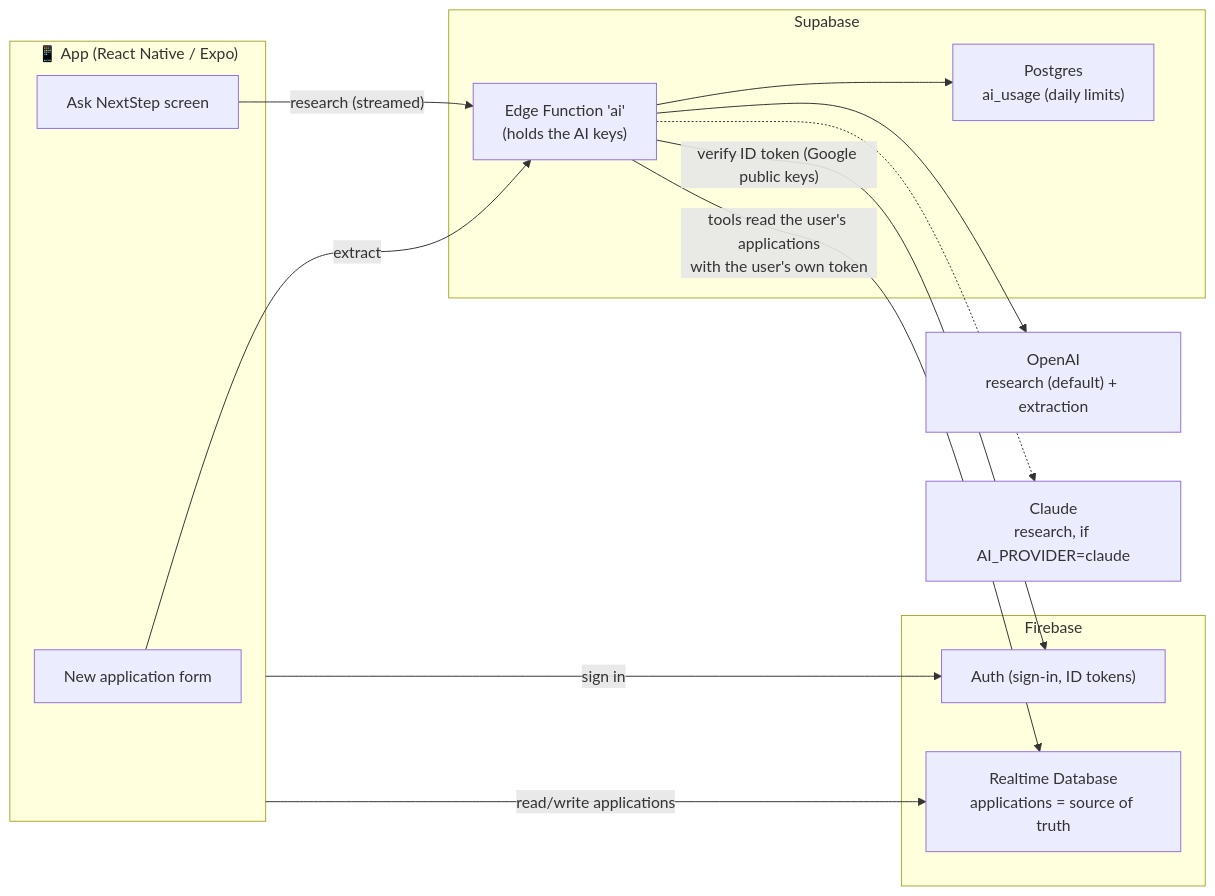
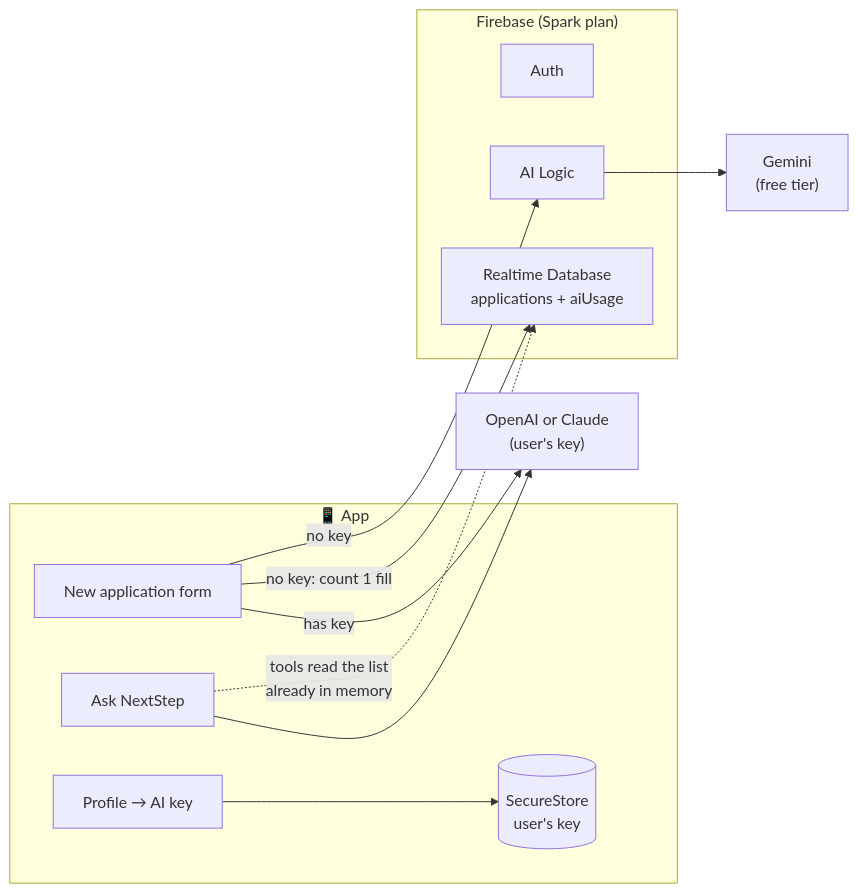
Before and after one commit to mizanurasif/NextStep: the first of 3 diagrams in AI_ARCHITECTURE.md, drawn with Mermaid. The commit also changed other lines of this file and 48 other files, not shown here.

Commit message:
Move the Research agent on-device; delete the Supabase tier , One agent loop; providers become adapters at a model turn  seam,C3 · AI access module: the key, the provider, and what's unlocked

````diff
--- a/AI_ARCHITECTURE.md
+++ b/AI_ARCHITECTURE.md
@@ -102,30 +52,25 @@
 ```mermaid
 flowchart LR
-    subgraph Phone["📱 App (React Native / Expo)"]
+    subgraph Phone["📱 App"]
         Form["New application form"]
-        Chat["Ask NextStep screen"]
+        Chat["Ask NextStep"]
+        Profile["Profile → AI key"]
+        Keys[("SecureStore<br/>user's key")]
     end
 
-    subgraph Firebase["Firebase"]
-        Auth["Auth (sign-in, ID tokens)"]
-        RTDB["Realtime Database<br/>applications = source of truth"]
+    subgraph Firebase["Firebase (Spark plan)"]
+        Auth["Auth"]
+        RTDB["Realtime Database<br/>applications + aiUsage"]
+        Logic["AI Logic"]
     end
 
-    subgraph Supabase["Supabase"]
-        Fn["Edge Function 'ai'<br/>(holds the AI keys)"]
-        PG["Postgres<br/>ai_usage (daily limits)"]
-    end
+    User["OpenAI or Claude<br/>(user's key)"]
+    Gemini["Gemini<br/>(free tier)"]
 
-    AI["OpenAI<br/>research (default) + extraction"]
-    Claude["Claude<br/>research, if AI_PROVIDER=claude"]
-
-    Phone -- "sign in" --> Auth
-    Phone -- "read/write applications" --> RTDB
-    Form -- "extract" --> Fn
-    Chat -- "research (streamed)" --> Fn
-    Fn -- "verify ID token (Google public keys)" --> Auth
-    Fn -- "tools read the user's applications<br/>with the user's own token" --> RTDB
-    Fn --> PG
-    Fn --> AI
-    Fn -.-> Claude
+    Profile --> Keys
+    Form -- "has key" --> User
+    Form -- "no key: count 1 fill" --> RTDB
+    Form -- "no key" --> Logic --> Gemini
+    Chat --> User
+    Chat -. "tools read the list<br/>already in memory" .-> RTDB
 ```
````
